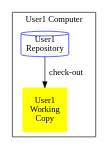
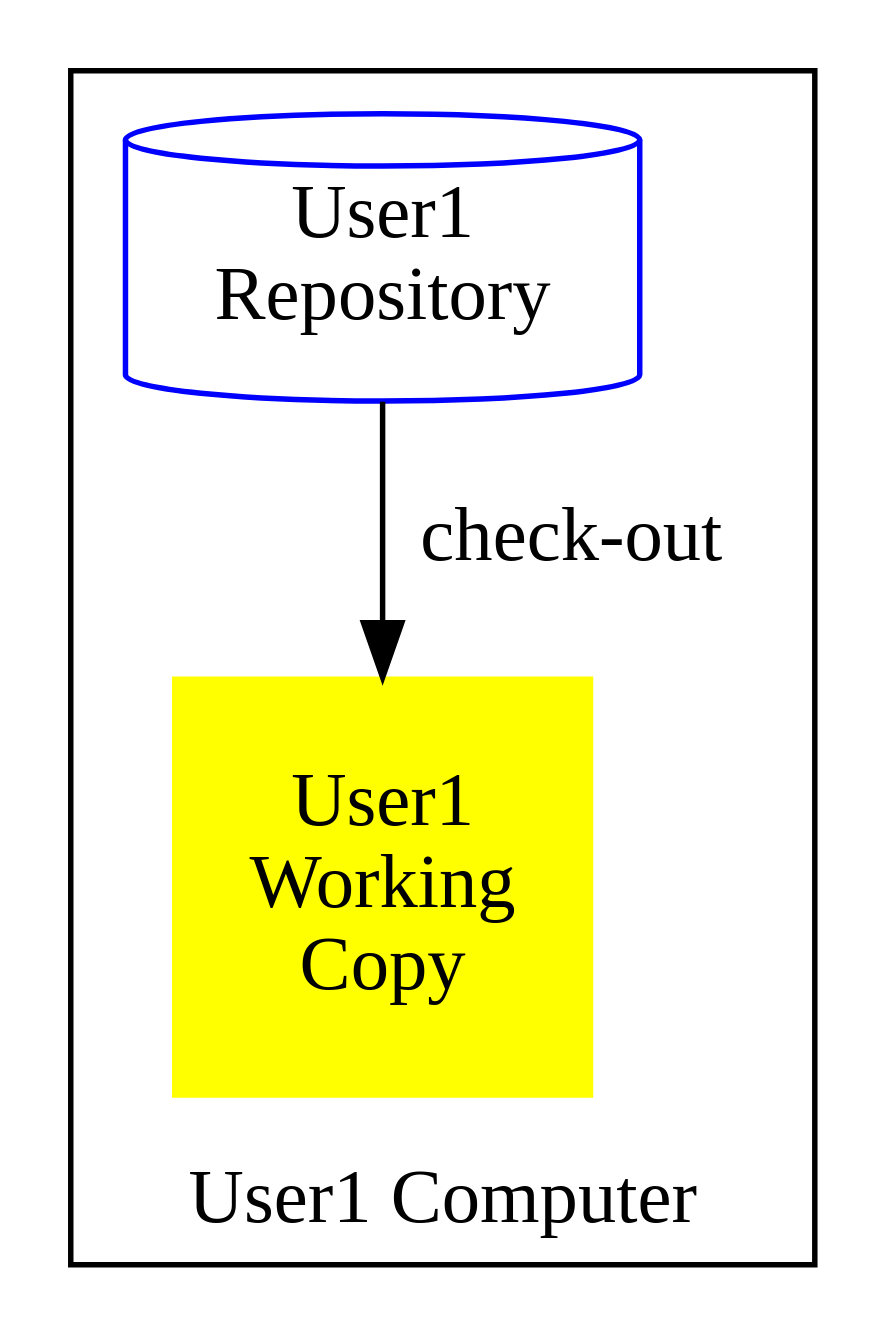
The diagram in assets/img/graphviz/check-out.dot (greg-hutchinson/git-training), drawn with Graphviz before and after one commit. The commit also changed 17 other files, not shown here.

Commit message:
Updated diagrams

```diff
--- a/assets/img/graphviz/check-out.dot
+++ b/assets/img/graphviz/check-out.dot
@@ -1,14 +1,12 @@
-digraph foo {
-    rankdir="TB"
-    node [style=rounded, width=1, margin="0,0"];
+digraph checkOut {
+    size="30!"
     User1WC [shape= square, label="User1\nWorking\nCopy", style=filled; color=yellow];
     User1Rep [shape= cylinder, label="User1\nRepository", color=blue];
     User1Rep -> User1WC [label="check-out"]
 
-
     subgraph cluster_User1 {
+        labelloc="b"
         label="User1 Computer"
-        {  User1Rep User1WC
-        }
+        User1Rep User1WC
     }
 }
```
